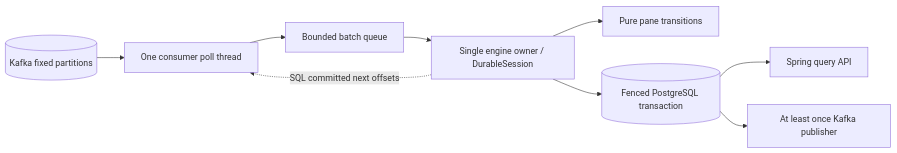
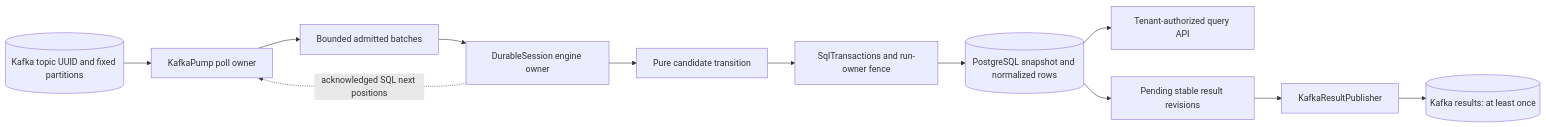
One commit to cheshmakzanoon-ops/Java-portfolio changed the first of 3 diagrams in projects/04-pulsestream/docs/ARCHITECTURE.md. Above: the diagram before and after it, drawn with Mermaid. The commit also changed other lines of this file and 45 other files, not shown here.

````diff
--- a/projects/04-pulsestream/docs/ARCHITECTURE.md
+++ b/projects/04-pulsestream/docs/ARCHITECTURE.md
@@ -3,11 +5,14 @@
 ```mermaid
 flowchart LR
- Kafka[(Kafka fixed partitions)] --> Poll[One consumer poll thread]
- Poll --> Queue[Bounded batch queue]
- Queue --> Session[Single engine owner / DurableSession]
- Session --> Engine[Pure pane transitions]
- Session --> SQL[(Fenced PostgreSQL transaction)]
- SQL --> API[Spring query API]
- SQL --> Outbox[At least once Kafka publisher]
- Session -. SQL committed next offsets .-> Poll
+  Input[(Kafka topic UUID and fixed partitions)] --> Poll[KafkaPump poll owner]
+  Poll --> Queue[Bounded admitted batches]
+  Queue --> Session[DurableSession engine owner]
+  Session --> Engine[Pure candidate transition]
+  Engine --> TX[SqlTransactions and run-owner fence]
+  TX --> SQL[(PostgreSQL snapshot and normalized rows)]
+  SQL --> Query[Tenant-authorized query API]
+  SQL --> Outbox[Pending stable result revisions]
+  Outbox --> Publisher[KafkaResultPublisher]
+  Publisher --> Output[(Kafka results: at least once)]
+  Session -. acknowledged SQL next positions .-> Poll
 ```
````
